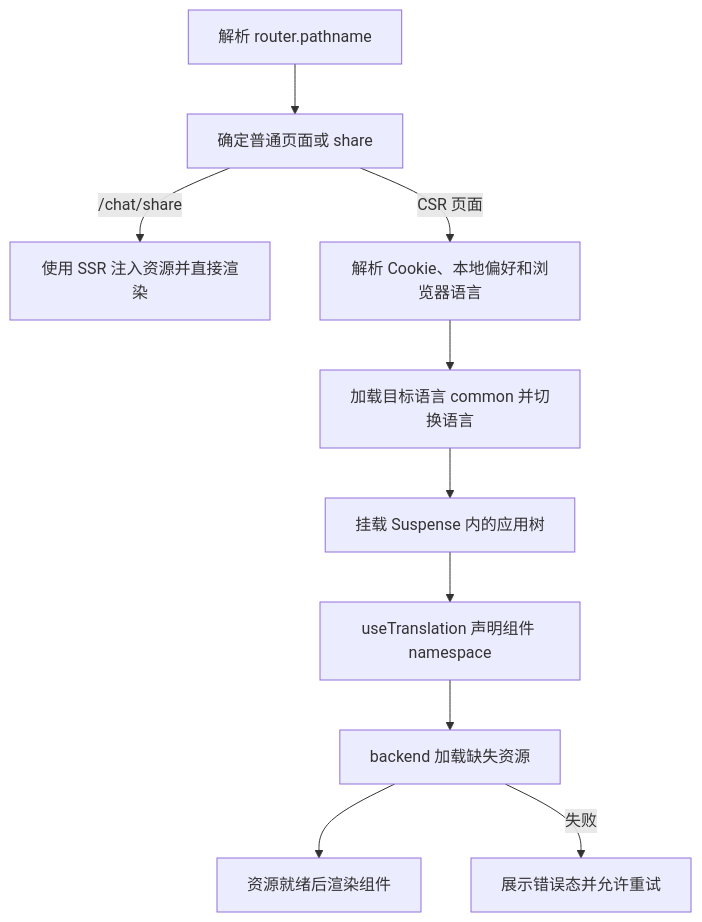
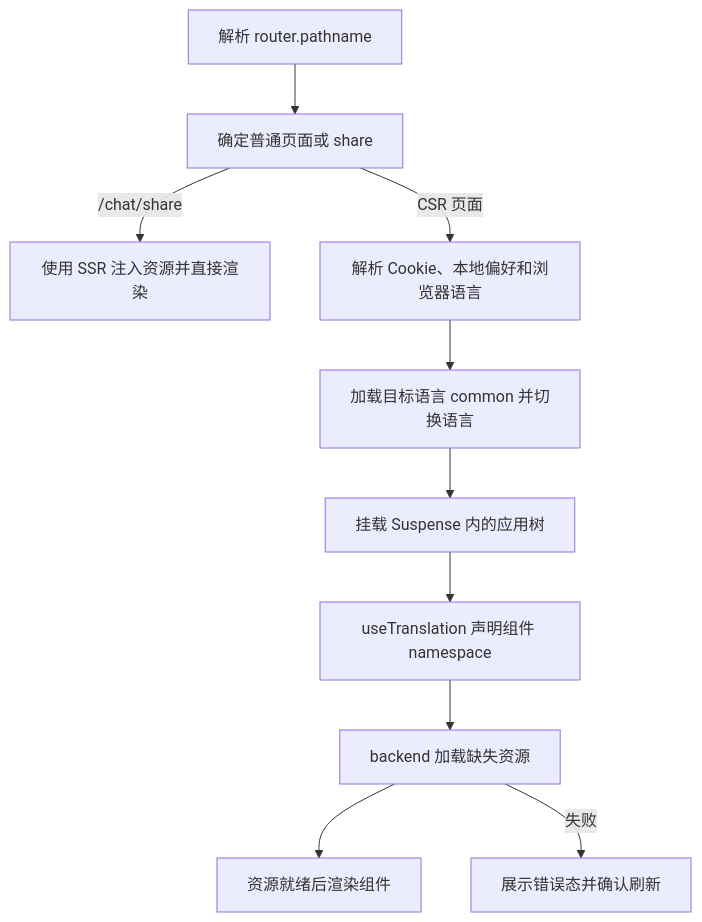
One commit to labring/FastGPT changed the diagram in .agents/design/common/client-i18n-csr-migration.md. Above: the diagram before and after it, drawn with Mermaid. The commit also changed other lines of this file and 11 other files, not shown here.

````diff
--- a/.agents/design/common/client-i18n-csr-migration.md
+++ b/.agents/design/common/client-i18n-csr-migration.md
@@ -277,12 +282,12 @@
 ```mermaid
 flowchart TD
   A["解析 router.pathname"] --> B["确定普通页面或 share"]
   B -->|"/chat/share"| C["使用 SSR 注入资源并直接渲染"]
   B -->|"CSR 页面"| D["解析 Cookie、本地偏好和浏览器语言"]
   D --> E["加载目标语言 common 并切换语言"]
   E --> F["挂载 Suspense 内的应用树"]
   F --> G["useTranslation 声明组件 namespace"]
   G --> H["backend 加载缺失资源"]
   H --> I["资源就绪后渲染组件"]
-  H -->|"失败"| J["展示错误态并允许重试"]
+  H -->|"失败"| J["展示错误态并确认刷新"]
 ```
````
